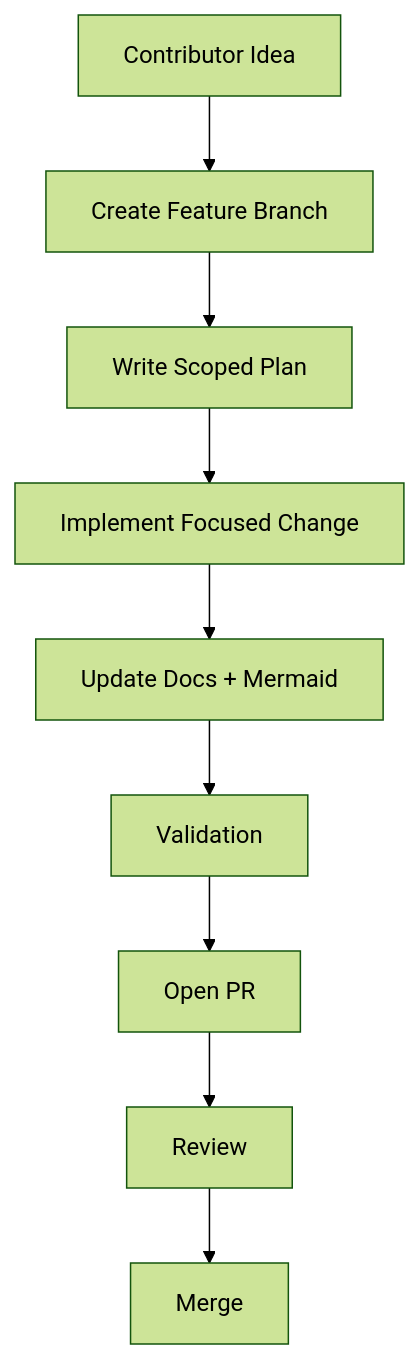
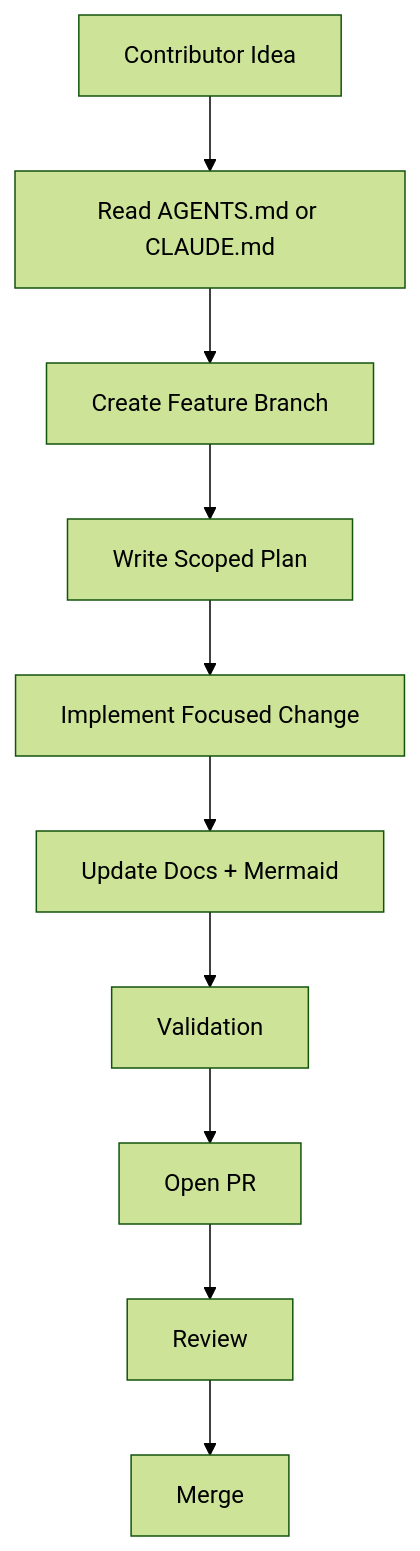
One commit to charleanpoor507/repo-hc changed the first of 2 diagrams in docs/mermaid/workflow-community-pr-lifecycle.md. Above: the diagram before and after it, drawn with Mermaid (forest theme). The commit also changed other lines of this file and 19 other files, not shown here.

````diff
--- a/docs/mermaid/workflow-community-pr-lifecycle.md
+++ b/docs/mermaid/workflow-community-pr-lifecycle.md
@@ -11,11 +13,12 @@
 ```mermaid
 flowchart TD
-  A["Contributor Idea"] --> B["Create Feature Branch"]
-  B --> C["Write Scoped Plan"]
-  C --> D["Implement Focused Change"]
-  D --> E["Update Docs + Mermaid"]
-  E --> F["Validation"]
-  F --> G["Open PR"]
-  G --> H["Review"]
-  H --> I["Merge"]
+  A["Contributor Idea"] --> B["Read AGENTS.md or CLAUDE.md"]
+  B --> C["Create Feature Branch"]
+  C --> D["Write Scoped Plan"]
+  D --> E["Implement Focused Change"]
+  E --> F["Update Docs + Mermaid"]
+  F --> G["Validation"]
+  G --> H["Open PR"]
+  H --> I["Review"]
+  I --> J["Merge"]
 ```
````
